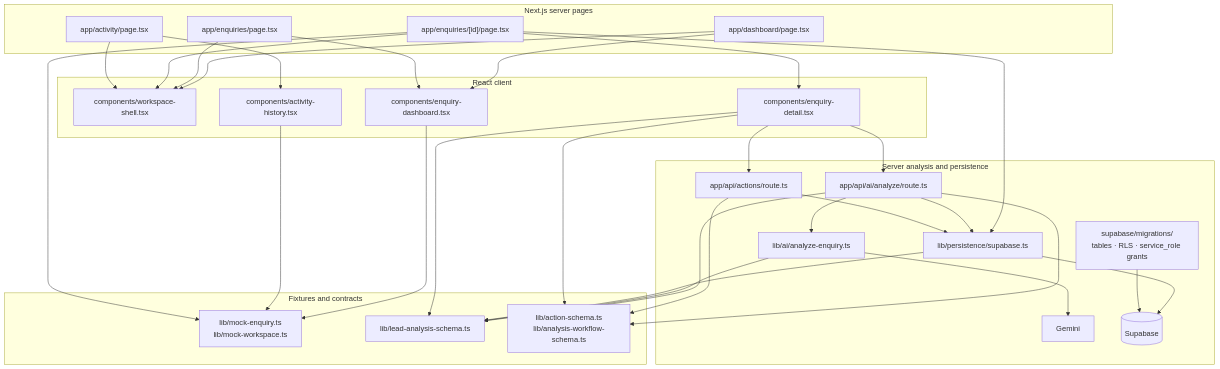
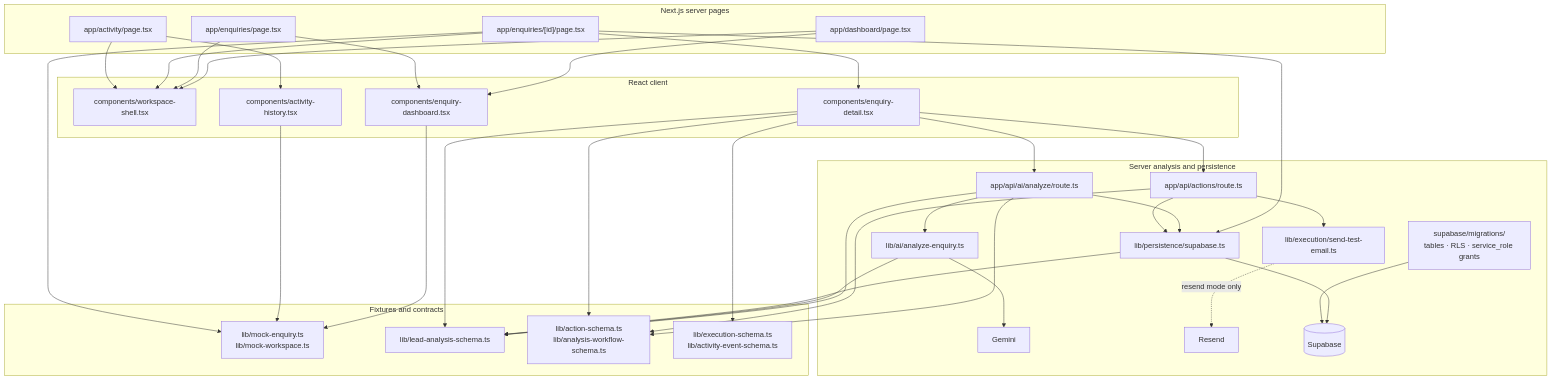
One commit to nthnmillar/morrow-ai-lead changed the fifth of 5 diagrams in ARCHITECTURE_MAP.md. Above: the diagram before and after it, drawn with Mermaid. The commit also changed other lines of this file and 28 other files, not shown here.

Commit message:
Add controlled execution and safe public demo mode

````diff
--- a/ARCHITECTURE_MAP.md
+++ b/ARCHITECTURE_MAP.md
@@ -141,60 +167,66 @@
 ```mermaid
 flowchart TD
   subgraph Pages["Next.js server pages"]
     Dashboard["app/dashboard/page.tsx"]
     EnquiryList["app/enquiries/page.tsx"]
     DetailPage["app/enquiries/[id]/page.tsx"]
     ActivityPage["app/activity/page.tsx"]
   end
 
   subgraph UI["React client"]
     Shell["components/workspace-shell.tsx"]
     Queue["components/enquiry-dashboard.tsx"]
     Detail["components/enquiry-detail.tsx"]
     Activity["components/activity-history.tsx"]
   end
 
   subgraph Shared["Fixtures and contracts"]
     Mock["lib/mock-enquiry.ts<br/>lib/mock-workspace.ts"]
     Schema["lib/lead-analysis-schema.ts"]
     ActionSchema["lib/action-schema.ts<br/>lib/analysis-workflow-schema.ts"]
+    ExecutionSchema["lib/execution-schema.ts<br/>lib/activity-event-schema.ts"]
   end
 
   subgraph ServerFlow["Server analysis and persistence"]
     Route["app/api/ai/analyze/route.ts"]
     ActionRoute["app/api/actions/route.ts"]
     Provider["lib/ai/analyze-enquiry.ts"]
+    Email["lib/execution/send-test-email.ts"]
     Persistence["lib/persistence/supabase.ts"]
     Migrations["supabase/migrations/<br/>tables · RLS · service_role grants"]
     Gemini["Gemini"]
+    Resend["Resend"]
     Supabase[("Supabase")]
   end
 
   Dashboard --> Shell
   Dashboard --> Queue
   EnquiryList --> Shell
   EnquiryList --> Queue
   DetailPage --> Shell
   DetailPage --> Detail
   ActivityPage --> Shell
   ActivityPage --> Activity
   Queue --> Mock
   Activity --> Mock
   DetailPage --> Mock
   DetailPage --> Persistence
   Detail --> Route
   Detail --> Schema
   Detail --> ActionSchema
+  Detail --> ExecutionSchema
   Detail --> ActionRoute
   Route --> Schema
   Route --> Provider
   Route --> Persistence
   Route --> ActionSchema
   ActionRoute --> ActionSchema
   ActionRoute --> Persistence
+  ActionRoute --> Email
   Provider --> Schema
   Provider --> Gemini
+  Email -.->|"resend mode only"| Resend
   Persistence --> Schema
   Persistence --> Supabase
   Migrations --> Supabase
 ```
````
